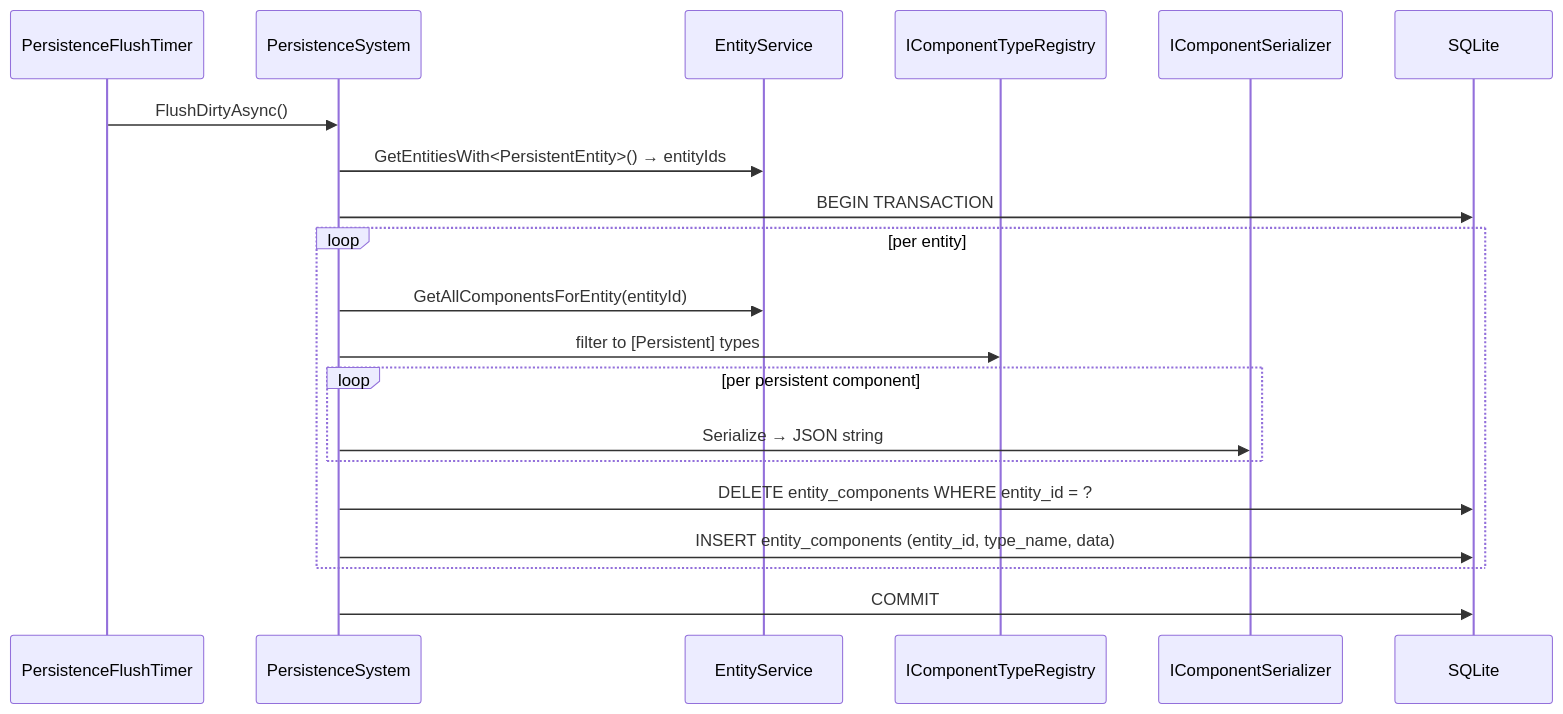
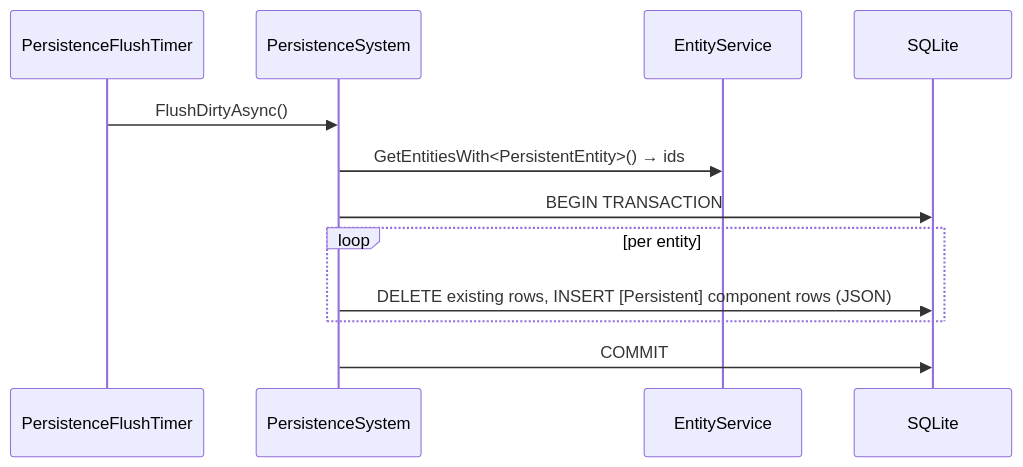
Before and after one commit to dmbyer/Hedron: the diagram in docs/architecture/flows/flow-04-persistence-flush-cycle.md, drawn with Mermaid. The commit also changed other lines of this file and 182 other files, not shown here.

````diff
--- a/docs/architecture/flows/flow-04-persistence-flush-cycle.md
+++ b/docs/architecture/flows/flow-04-persistence-flush-cycle.md
@@ -9,23 +9,15 @@
 ```mermaid
 sequenceDiagram
     participant Timer as PersistenceFlushTimer
     participant PSys as PersistenceSystem
     participant ES as EntityService
-    participant TR as IComponentTypeRegistry
-    participant CS as IComponentSerializer
     participant DB as SQLite
 
     Timer->>PSys: FlushDirtyAsync()
-    PSys->>ES: GetEntitiesWith<PersistentEntity>() → entityIds
+    PSys->>ES: GetEntitiesWith<PersistentEntity>() → ids
     PSys->>DB: BEGIN TRANSACTION
     loop per entity
-        PSys->>ES: GetAllComponentsForEntity(entityId)
-        PSys->>TR: filter to [Persistent] types
-        loop per persistent component
-            PSys->>CS: Serialize → JSON string
-        end
-        PSys->>DB: DELETE entity_components WHERE entity_id = ?
-        PSys->>DB: INSERT entity_components (entity_id, type_name, data)
+        PSys->>DB: DELETE existing rows, INSERT [Persistent] component rows (JSON)
     end
     PSys->>DB: COMMIT
 ```
````
